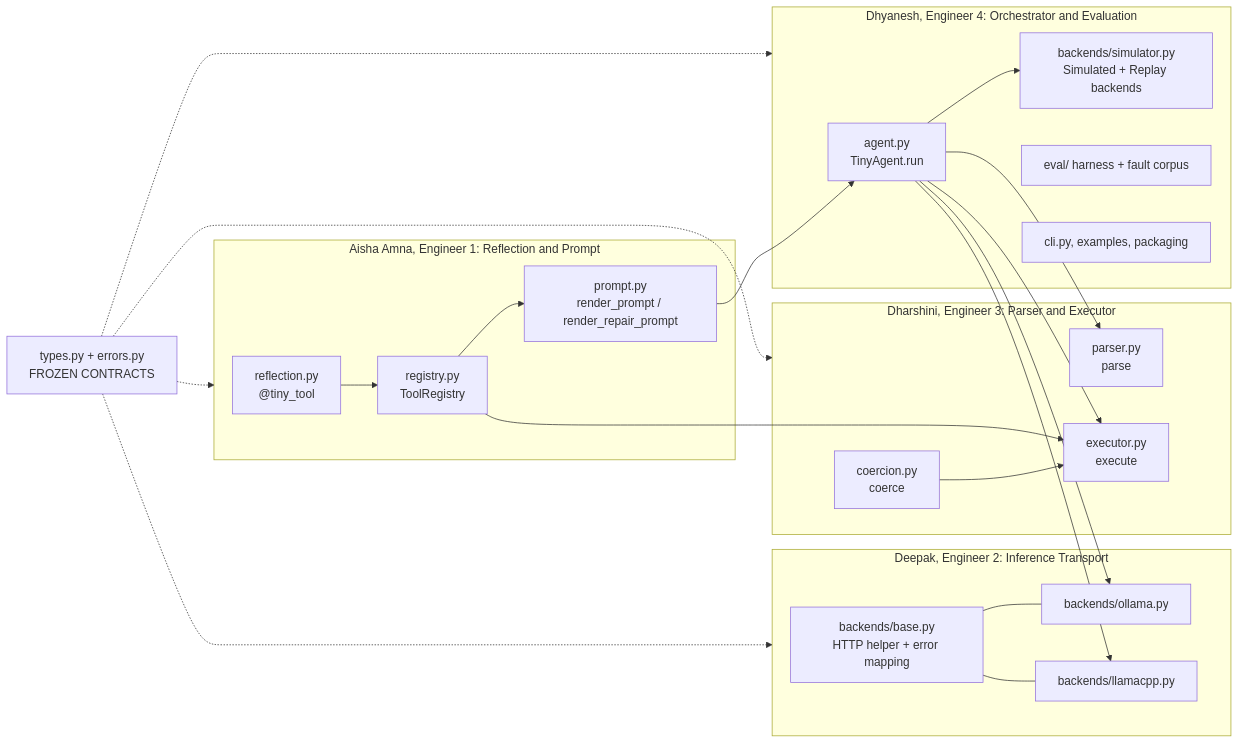
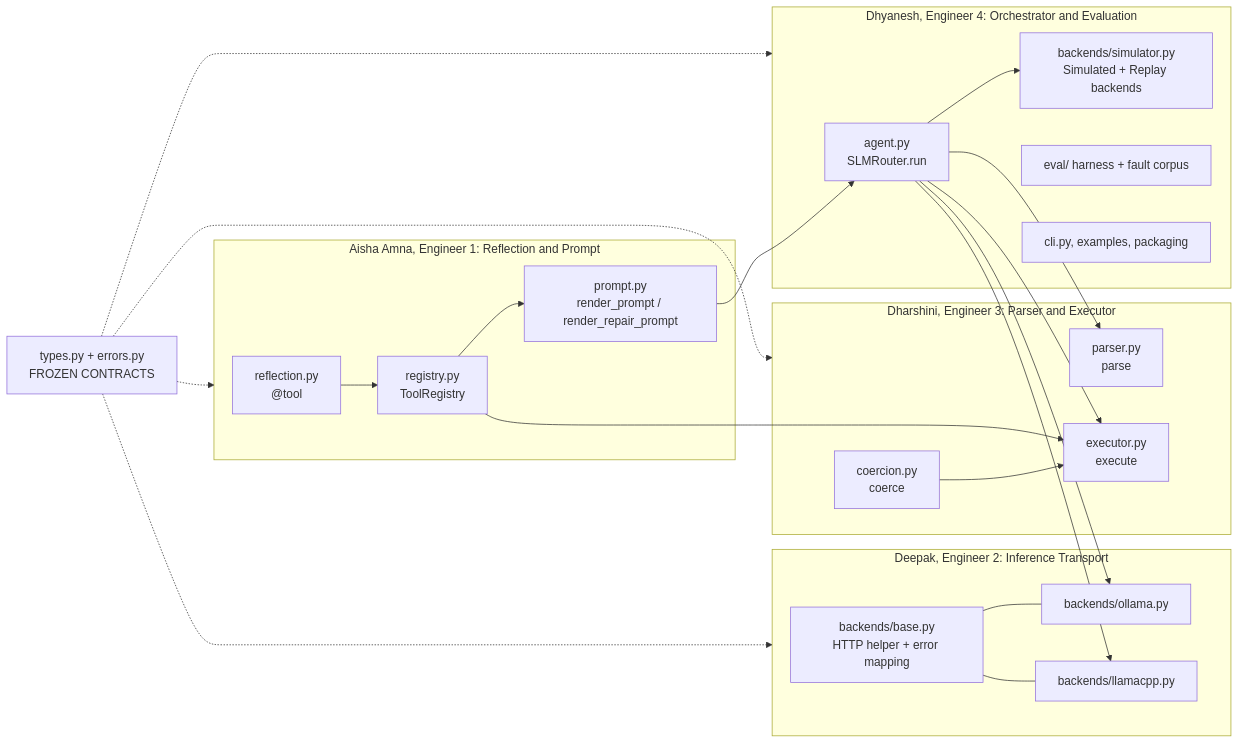
One commit to DYNAMOatGHUB/SLM-Router changed the third of 6 diagrams in ARCHITECTURE.md. Above: the diagram before and after it, drawn with Mermaid. The commit also changed other lines of this file and 61 other files, not shown here.

````diff
--- a/ARCHITECTURE.md
+++ b/ARCHITECTURE.md
@@ -191,38 +191,38 @@
 ```mermaid
 flowchart LR
     subgraph E1["Aisha Amna, Engineer 1: Reflection and Prompt"]
-        R["reflection.py<br/>@tiny_tool"] --> REG["registry.py<br/>ToolRegistry"]
+        R["reflection.py<br/>@tool"] --> REG["registry.py<br/>ToolRegistry"]
         REG --> PR["prompt.py<br/>render_prompt / render_repair_prompt"]
     end
     subgraph E2["Deepak, Engineer 2: Inference Transport"]
         B["backends/base.py<br/>HTTP helper + error mapping"]
         O["backends/ollama.py"]
         L["backends/llamacpp.py"]
         B --- O
         B --- L
     end
     subgraph E3["Dharshini, Engineer 3: Parser and Executor"]
         PA["parser.py<br/>parse"]
         CO["coercion.py<br/>coerce"]
         EX["executor.py<br/>execute"]
         CO --> EX
     end
     subgraph E4["Dhyanesh, Engineer 4: Orchestrator and Evaluation"]
-        AG["agent.py<br/>TinyAgent.run"]
+        AG["agent.py<br/>SLMRouter.run"]
         SIM["backends/simulator.py<br/>Simulated + Replay backends"]
         EV["eval/ harness + fault corpus"]
         CLI["cli.py, examples, packaging"]
     end
     T["types.py + errors.py<br/>FROZEN CONTRACTS"]
     PR --> AG
     AG --> O
     AG --> L
     AG --> SIM
     AG --> PA
     AG --> EX
     REG --> EX
     T -.-> E1
     T -.-> E2
     T -.-> E3
     T -.-> E4
 ```
````
